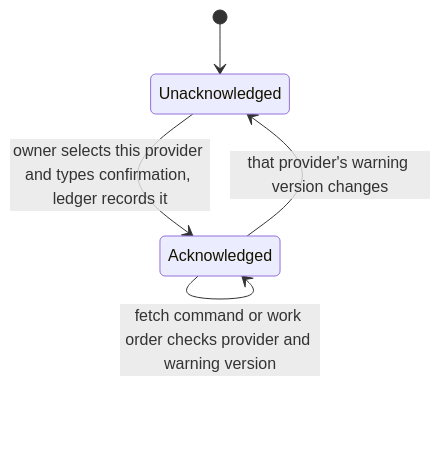
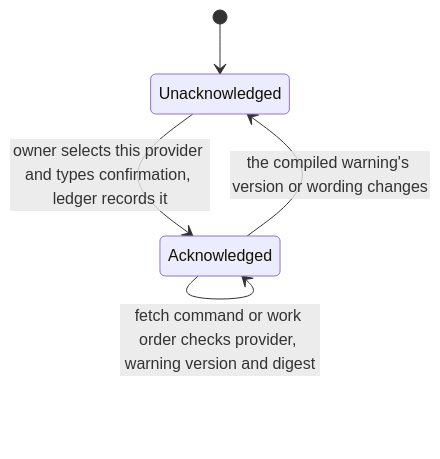
One commit to jcrenshaw-dev/baley changed the second of 7 diagrams in docs/design/0003-configuration-and-routing.md. Above: the diagram before and after it, drawn with Mermaid. The commit also changed other lines of this file and 1 other file, not shown here.

First line of the commit message:
docs(design): describe the actors and provider checks as the routing code runs them

````diff
--- a/docs/design/0003-configuration-and-routing.md
+++ b/docs/design/0003-configuration-and-routing.md
@@ -550,7 +550,7 @@
 ```mermaid
 stateDiagram-v2
   [*] --> Unacknowledged
   Unacknowledged --> Acknowledged: owner selects this provider and types confirmation, ledger records it
-  Acknowledged --> Unacknowledged: that provider's warning version changes
-  Acknowledged --> Acknowledged: fetch command or work order checks provider and warning version
+  Acknowledged --> Unacknowledged: the compiled warning's version or wording changes
+  Acknowledged --> Acknowledged: fetch command or work order checks provider, warning version and digest
 ```
````
